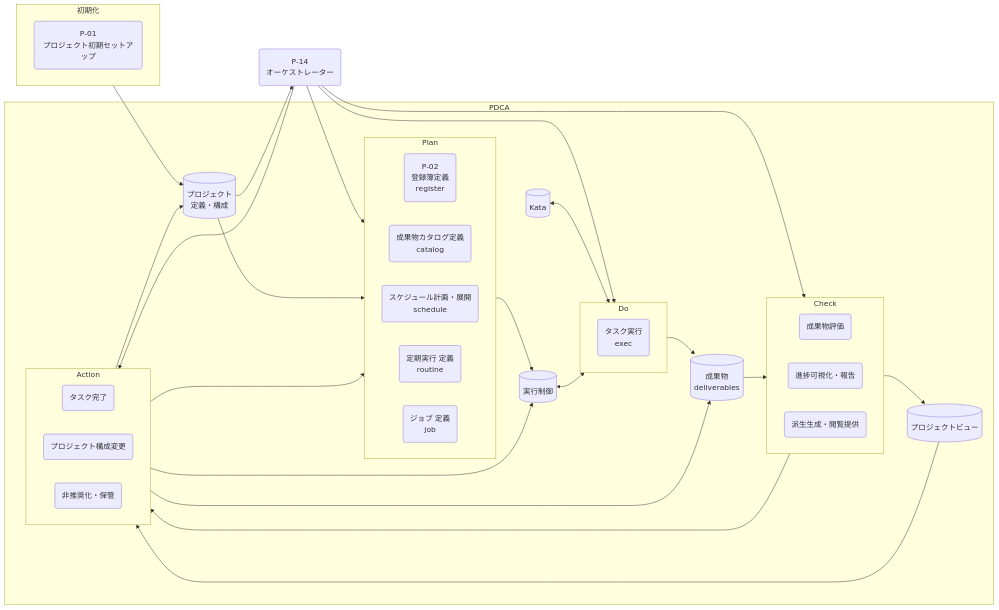
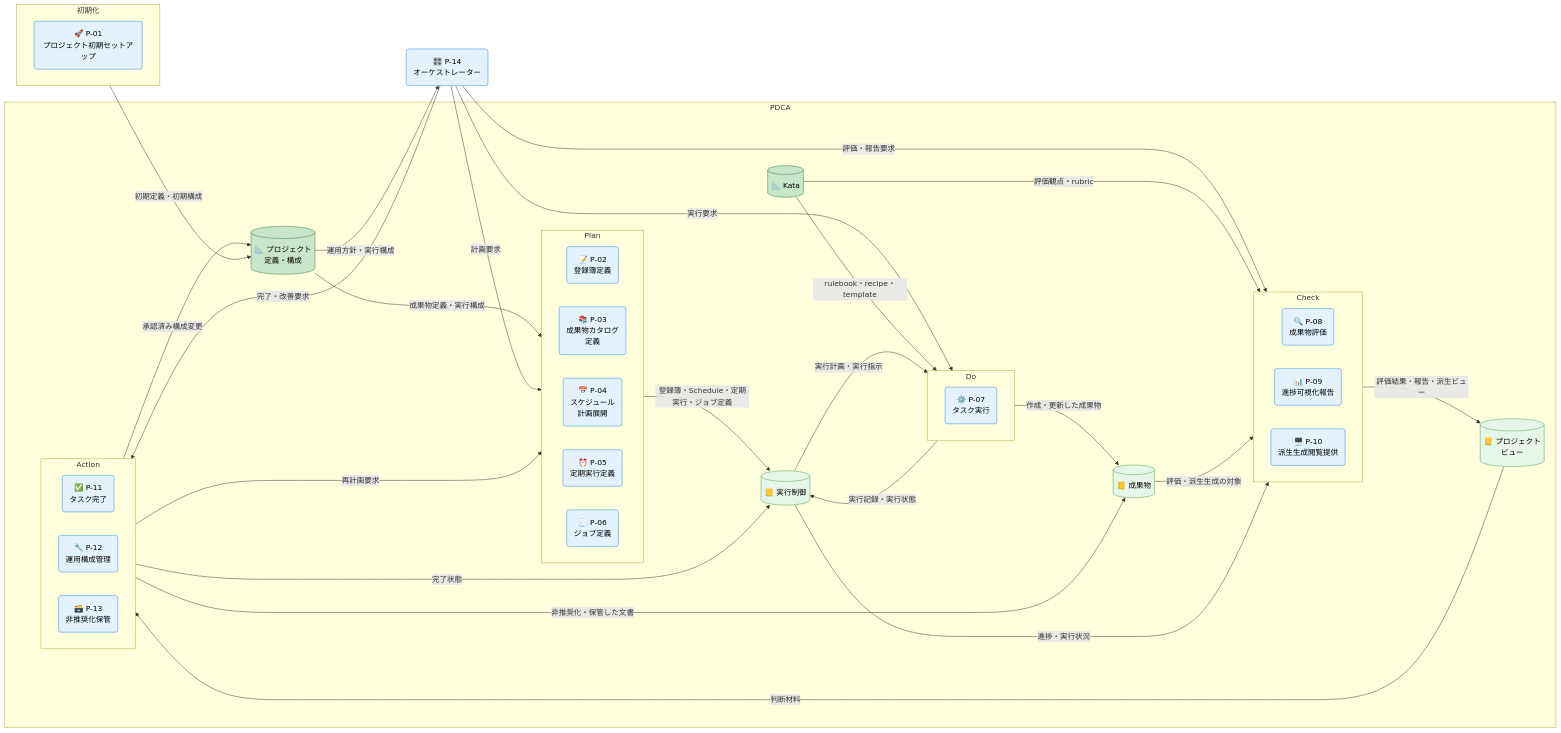
Before and after one commit to specdojo/spec-dojo-handbook: the first of 2 diagrams in docs/ja/product/010-business-specs/010-data-flow/cdfd-overview.md, drawn with Mermaid. The commit also changed other lines of this file, not shown here.

````diff
--- a/docs/ja/product/010-business-specs/010-data-flow/cdfd-overview.md
+++ b/docs/ja/product/010-business-specs/010-data-flow/cdfd-overview.md
@@ -58,76 +102,85 @@
 ```mermaid
+flowchart LR
+  classDef process fill:#e3f2fd,stroke:#1e88e5,color:#000
+  classDef event fill:#fff3e0,stroke:#fb8c00,color:#000
+  classDef storeMaster fill:#c8e6c9,stroke:#2e7d32,color:#000
+  classDef storeTransaction fill:#e8f5e9,stroke:#43a047,color:#000
+  classDef actor fill:#f5f7fa,stroke:#607d8b,color:#000
 
-flowchart LR
   subgraph Setup[初期化]
     direction LR
-    プロジェクト初期セットアップ("P-01<br>プロジェクト初期セットアップ")
+    P01("🚀 P-01<br>プロジェクト初期セットアップ")
   end
 
-  Orchestrator("P-14<br>オーケストレーター")
+  P14("🎛️ P-14<br>オーケストレーター")
 
   subgraph PDCA
-    Definition[("プロジェクト<br>定義・構成")]
+    Definition[("📐 プロジェクト<br>定義・構成")]
 
     subgraph Plan
       direction LR
-      登録簿定義("P-02<br>登録簿定義<br>register")
-      成果物カタログ定義("成果物カタログ定義<br>catalog")
-      スケジュール計画展開("スケジュール計画・展開<br>schedule")
-      定期実行定義("定期実行 定義<br>routine")
-      ジョブ定義("ジョブ 定義<br>job")
+      P02("📝 P-02<br>登録簿定義")
+      P03("📚 P-03<br>成果物カタログ<br>定義")
+      P04("📅 P-04<br>スケジュール<br>計画展開")
+      P05("⏰ P-05<br>定期実行定義")
+      P06("🧾 P-06<br>ジョブ定義")
     end
 
-    Kata[("Kata")]
-    ProjectCtrlDoc[("実行制御")]
-    Deliverables[("成果物<br>deliverables")]
+    Kata[("📐 Kata")]
+    Control[("📒 実行制御")]
+    Deliverables[("📒 成果物")]
 
     subgraph Do
       direction LR
-      タスク実行("タスク実行<br>exec")
+      P07("⚙️ P-07<br>タスク実行")
     end
 
     subgraph Check
       direction LR
-      成果物評価("成果物評価")
-      進捗可視化報告("進捗可視化・報告")
-      派生生成閲覧提供("派生生成・閲覧提供")
+      P08("🔍 P-08<br>成果物評価")
+      P09("📊 P-09<br>進捗可視化報告")
+      P10("🖥️ P-10<br>派生生成閲覧提供")
     end
 
-    ProjectView[("プロジェクトビュー")]
+    ProjectView[("📒 プロジェクト<br>ビュー")]
 
     subgraph Action
       direction LR
-      タスク完了("タスク完了")
-      運用構成管理("プロジェクト構成変更")
-      非推奨化保管("非推奨化・保管")
+      P11("✅ P-11<br>タスク完了")
+      P12("🔧 P-12<br>運用構成管理")
+      P13("🗃️ P-13<br>非推奨化保管")
     end
   end
 
-  Setup --> Definition
+  P01 -->|"初期定義・初期構成"| Definition
 
-  Definition --> Orchestrator
+  Definition -->|"運用方針・実行構成"| P14
+  Definition -->|"成果物定義・実行構成"| Plan
 
-  Orchestrator --> Plan
-  Orchestrator --> Do
-  Orchestrator --> Check
-  Orchestrator --> Action
+  P14 -->|"計画要求"| Plan
+  P14 -->|"実行要求"| Do
+  P14 -->|"評価・報告要求"| Check
+  P14 -->|"完了・改善要求"| Action
 
-  Definition --> Plan
-  Plan --> ProjectCtrlDoc
+  Plan -->|"登録簿・Schedule・定期実行・ジョブ定義"| Control
 
-  Kata <--> Do
-  ProjectCtrlDoc <--> Do
+  Kata -->|"rulebook・recipe・template"| Do
+  Kata -->|"評価観点・rubric"| Check
+  Control -->|"実行計画・実行指示"| Do
+  Do -->|"実行記録・実行状態"| Control
+  Do -->|"作成・更新した成果物"| Deliverables
 
-  Do --> Deliverables
+  Deliverables -->|"評価・派生生成の対象"| Check
+  Control -->|"進捗・実行状況"| Check
+  Check -->|"評価結果・報告・派生ビュー"| ProjectView
+  ProjectView -->|"判断材料"| Action
 
-  Deliverables --> Check
+  Action -->|"承認済み構成変更"| Definition
+  Action -->|"再計画要求"| Plan
+  Action -->|"非推奨化・保管した文書"| Deliverables
+  Action -->|"完了状態"| Control
 
-  Check --> ProjectView
-  Check --> Action
-  ProjectView --> Action
-
-  Action --> Definition
-  Action --> Plan
-  Action --> Deliverables
-  Action --> ProjectCtrlDoc
+  class P01,P02,P03,P04,P05,P06,P07,P08,P09,P10,P11,P12,P13,P14 process
+  class Definition,Kata storeMaster
+  class Control,Deliverables,ProjectView storeTransaction
 ```
````
